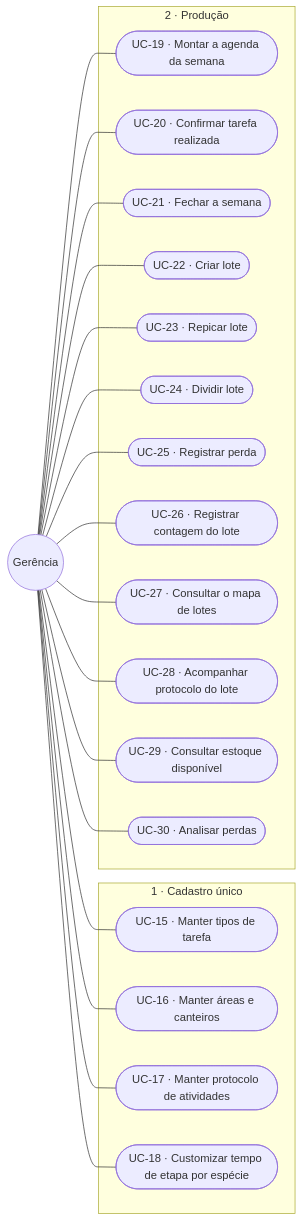
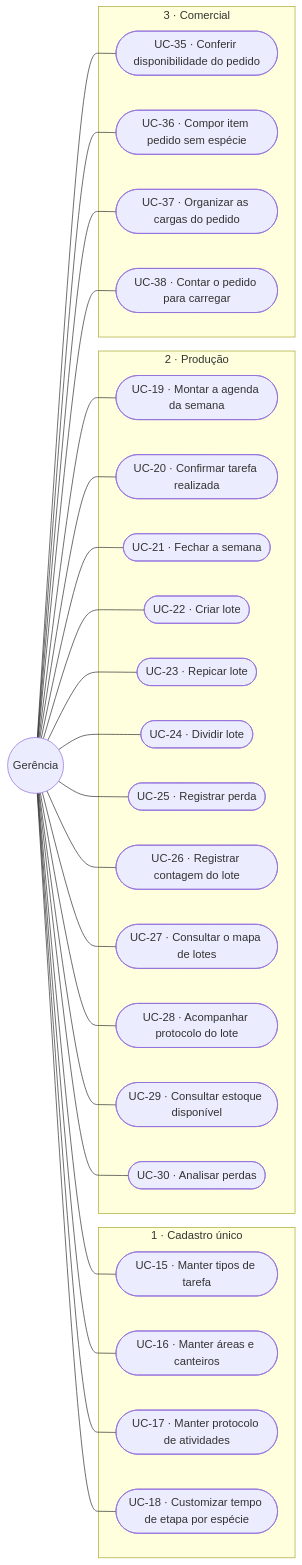
The third of 4 diagrams in docs/engenharia/C-modelagem/C1-diagrama-casos-de-uso.md (JoaoMudar/tcc), drawn with Mermaid before and after one commit. The commit also changed other lines of this file and 37 other files, not shown here.

````diff
--- a/docs/engenharia/C-modelagem/C1-diagrama-casos-de-uso.md
+++ b/docs/engenharia/C-modelagem/C1-diagrama-casos-de-uso.md
@@ -181,43 +181,54 @@
 ```mermaid
 graph LR
   GE(("Gerência"))
 
   subgraph M1["1 · Cadastro único"]
     UC42(["UC-15 · Manter tipos de tarefa"])
     UC46(["UC-16 · Manter áreas e canteiros"])
     UC57(["UC-17 · Manter protocolo de atividades"])
     UC59(["UC-18 · Customizar tempo de etapa por espécie"])
   end
 
   subgraph M2["2 · Produção"]
     UC43(["UC-19 · Montar a agenda da semana"])
     UC51(["UC-20 · Confirmar tarefa realizada"])
     UC52(["UC-21 · Fechar a semana"])
     UC47(["UC-22 · Criar lote"])
     UC48(["UC-23 · Repicar lote"])
     UC58(["UC-24 · Dividir lote"])
     UC17(["UC-25 · Registrar perda"])
     UC16(["UC-26 · Registrar contagem do lote"])
     UC61(["UC-27 · Consultar o mapa de lotes"])
     UC62(["UC-28 · Acompanhar protocolo do lote"])
     UC15(["UC-29 · Consultar estoque disponível"])
     UC18(["UC-30 · Analisar perdas"])
   end
 
+  subgraph M3["3 · Comercial"]
+    UC63(["UC-35 · Conferir disponibilidade do pedido"])
+    UC64(["UC-36 · Compor item pedido sem espécie"])
+    UC65(["UC-37 · Organizar as cargas do pedido"])
+    UC66(["UC-38 · Contar o pedido para carregar"])
+  end
+
   GE --- UC42
   GE --- UC46
   GE --- UC57
   GE --- UC59
   GE --- UC43
   GE --- UC51
   GE --- UC52
   GE --- UC47
   GE --- UC48
   GE --- UC58
   GE --- UC17
   GE --- UC16
   GE --- UC61
   GE --- UC62
   GE --- UC15
   GE --- UC18
+  GE --- UC63
+  GE --- UC64
+  GE --- UC65
+  GE --- UC66
 ```
````
